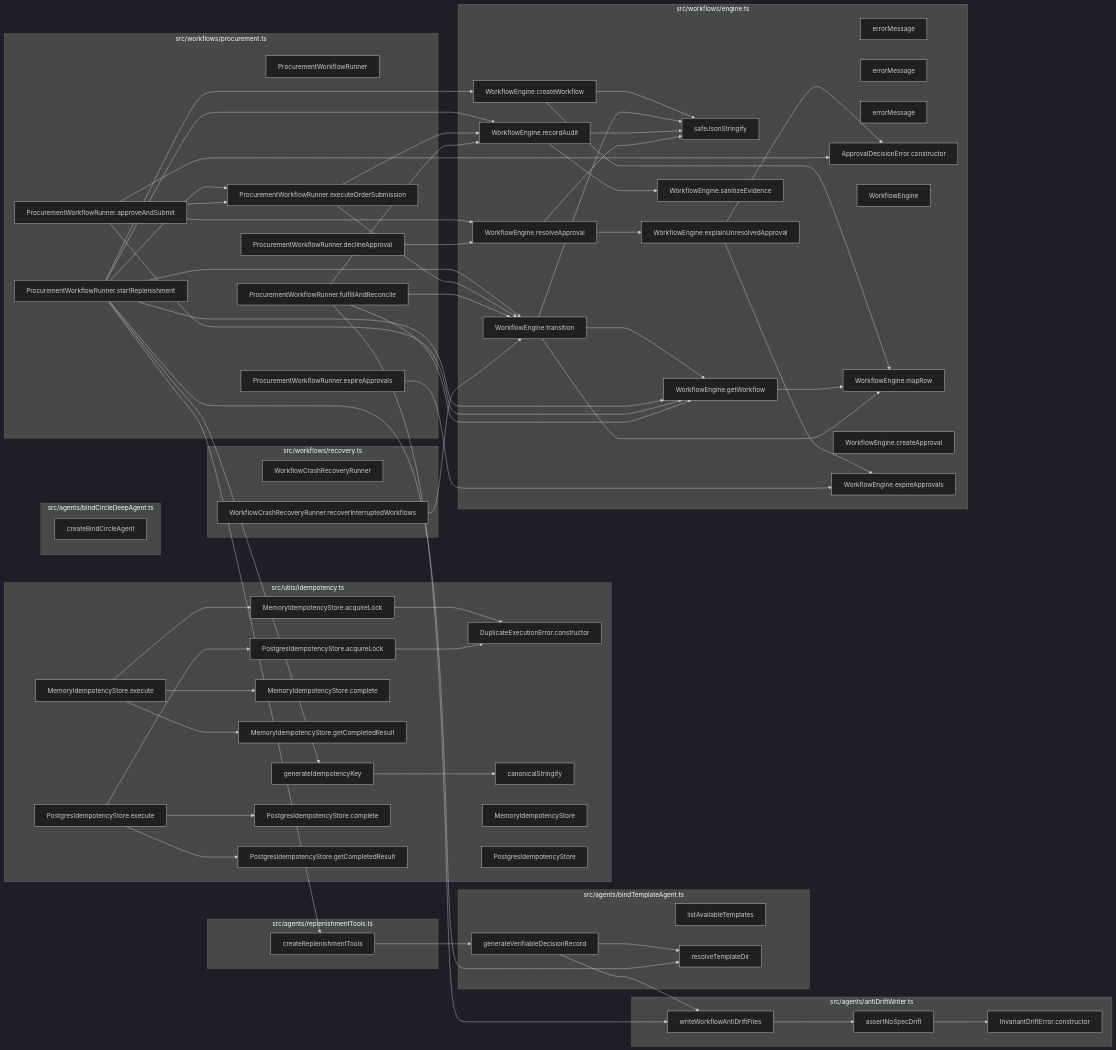
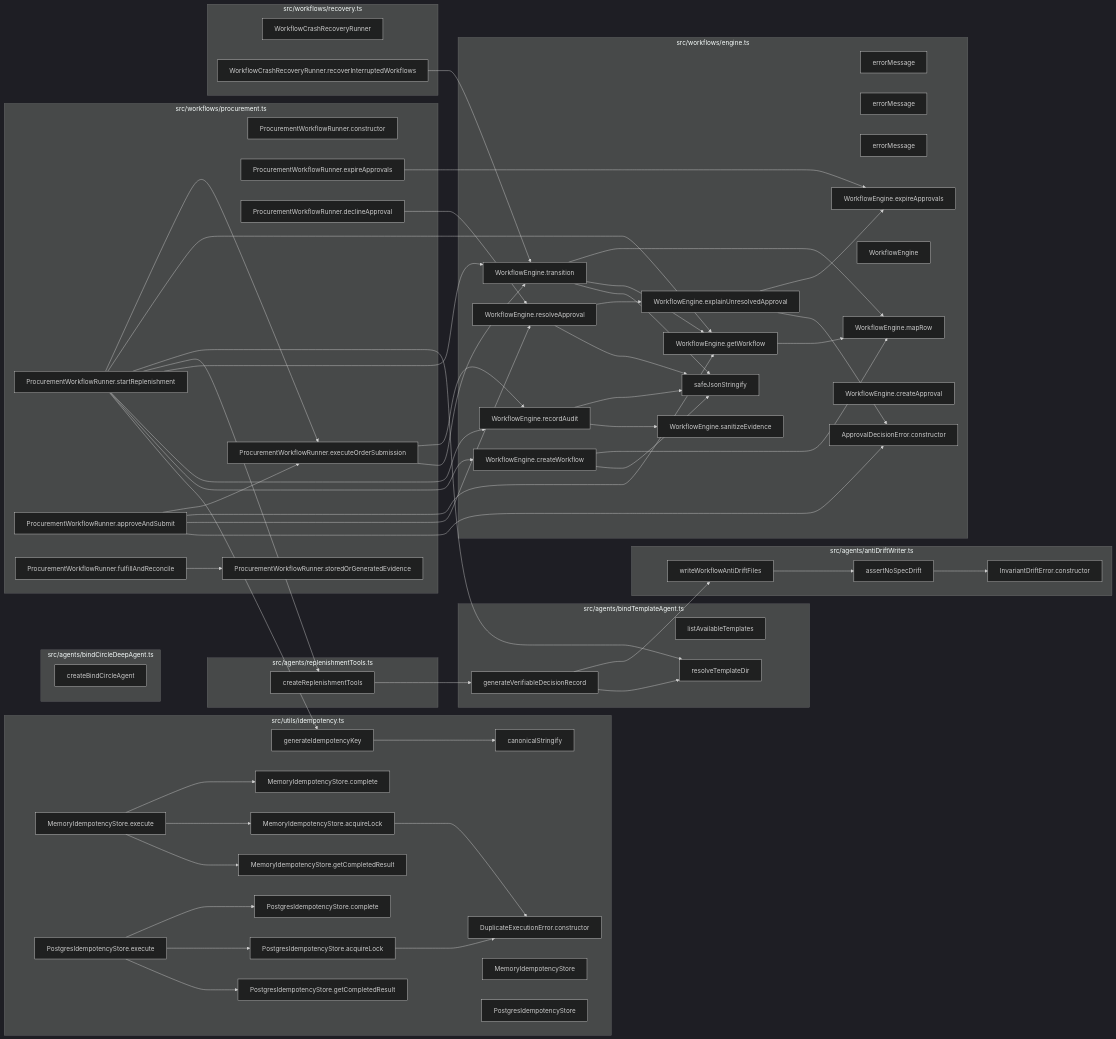
Before and after one commit to Jaydearcadian/bind: the seventh of 8 diagrams in docs/CODEBASE_MAP.md, drawn with Mermaid (dark theme). The commit also changed other lines of this file and 11 other files, not shown here.

````diff
--- a/docs/CODEBASE_MAP.md
+++ b/docs/CODEBASE_MAP.md
@@ -373,112 +379,110 @@
 ```mermaid
 flowchart LR
   subgraph F0["src/agents/antiDriftWriter.ts"]
-    n37["InvariantDriftError.constructor"]
-    n38["assertNoSpecDrift"]
-    n39["writeWorkflowAntiDriftFiles"]
+    n38["InvariantDriftError.constructor"]
+    n39["assertNoSpecDrift"]
+    n40["writeWorkflowAntiDriftFiles"]
   end
   subgraph F1["src/agents/bindCircleDeepAgent.ts"]
-    n40["createBindCircleAgent"]
+    n41["createBindCircleAgent"]
   end
   subgraph F2["src/agents/bindTemplateAgent.ts"]
-    n41["listAvailableTemplates"]
-    n42["resolveTemplateDir"]
-    n43["generateVerifiableDecisionRecord"]
+    n42["listAvailableTemplates"]
+    n43["resolveTemplateDir"]
+    n44["generateVerifiableDecisionRecord"]
   end
   subgraph F3["src/agents/replenishmentTools.ts"]
-    n44["createReplenishmentTools"]
+    n45["createReplenishmentTools"]
   end
   subgraph F4["src/utils/idempotency.ts"]
-    n110["DuplicateExecutionError.constructor"]
-    n111["canonicalStringify"]
-    n112["generateIdempotencyKey"]
-    n113["MemoryIdempotencyStore"]
-    n114["MemoryIdempotencyStore.acquireLock"]
-    n115["MemoryIdempotencyStore.complete"]
-    n116["MemoryIdempotencyStore.getCompletedResult"]
-    n117["MemoryIdempotencyStore.execute"]
-    n118["PostgresIdempotencyStore"]
-    n119["PostgresIdempotencyStore.acquireLock"]
-    n120["PostgresIdempotencyStore.complete"]
-    n121["PostgresIdempotencyStore.getCompletedResult"]
-    n122["PostgresIdempotencyStore.execute"]
+    n112["DuplicateExecutionError.constructor"]
+    n113["canonicalStringify"]
+    n114["generateIdempotencyKey"]
+    n115["MemoryIdempotencyStore"]
+    n116["MemoryIdempotencyStore.acquireLock"]
+    n117["MemoryIdempotencyStore.complete"]
+    n118["MemoryIdempotencyStore.getCompletedResult"]
+    n119["MemoryIdempotencyStore.execute"]
+    n120["PostgresIdempotencyStore"]
+    n121["PostgresIdempotencyStore.acquireLock"]
+    n122["PostgresIdempotencyStore.complete"]
+    n123["PostgresIdempotencyStore.getCompletedResult"]
+    n124["PostgresIdempotencyStore.execute"]
   end
   subgraph F5["src/workflows/engine.ts"]
-    n123["safeJsonStringify"]
-    n124["errorMessage"]
-    n125["errorMessage"]
+    n125["safeJsonStringify"]
     n126["errorMessage"]
-    n127["ApprovalDecisionError.constructor"]
-    n128["WorkflowEngine"]
-    n129["WorkflowEngine.mapRow"]
-    n130["WorkflowEngine.createWorkflow"]
-    n131["WorkflowEngine.getWorkflow"]
-    n132["WorkflowEngine.transition"]
-    n133["WorkflowEngine.recordAudit"]
-    n134["WorkflowEngine.createApproval"]
-    n135["WorkflowEngine.resolveApproval"]
-    n136["WorkflowEngine.expireApprovals"]
-    n137["WorkflowEngine.explainUnresolvedApproval"]
-    n138["WorkflowEngine.sanitizeEvidence"]
+    n127["errorMessage"]
+    n128["errorMessage"]
+    n129["ApprovalDecisionError.constructor"]
+    n130["WorkflowEngine"]
+    n131["WorkflowEngine.mapRow"]
+    n132["WorkflowEngine.createWorkflow"]
+    n133["WorkflowEngine.getWorkflow"]
+    n134["WorkflowEngine.transition"]
+    n135["WorkflowEngine.recordAudit"]
+    n136["WorkflowEngine.createApproval"]
+    n137["WorkflowEngine.resolveApproval"]
+    n138["WorkflowEngine.expireApprovals"]
+    n139["WorkflowEngine.explainUnresolvedApproval"]
+    n140["WorkflowEngine.sanitizeEvidence"]
   end
   subgraph F6["src/workflows/procurement.ts"]
-    n139["ProcurementWorkflowRunner"]
-    n140["ProcurementWorkflowRunner.startReplenishment"]
-    n141["ProcurementWorkflowRunner.approveAndSubmit"]
-    n142["ProcurementWorkflowRunner.expireApprovals"]
-    n143["ProcurementWorkflowRunner.declineApproval"]
-    n144["ProcurementWorkflowRunner.executeOrderSubmission"]
-    n145["ProcurementWorkflowRunner.fulfillAndReconcile"]
+    n141["ProcurementWorkflowRunner.constructor"]
+    n142["ProcurementWorkflowRunner.startReplenishment"]
+    n143["ProcurementWorkflowRunner.approveAndSubmit"]
+    n144["ProcurementWorkflowRunner.expireApprovals"]
+    n145["ProcurementWorkflowRunner.declineApproval"]
+    n146["ProcurementWorkflowRunner.executeOrderSubmission"]
+    n147["ProcurementWorkflowRunner.fulfillAndReconcile"]
+    n148["ProcurementWorkflowRunner.storedOrGeneratedEvidence"]
   end
   subgraph F7["src/workflows/recovery.ts"]
-    n146["WorkflowCrashRecoveryRunner"]
-    n147["WorkflowCrashRecoveryRunner.recoverInterruptedWorkflows"]
+    n149["WorkflowCrashRecoveryRunner"]
+    n150["WorkflowCrashRecoveryRunner.recoverInterruptedWorkflows"]
   end
-  n38 --> n37
   n39 --> n38
-  n43 --> n42
-  n43 --> n39
+  n40 --> n39
   n44 --> n43
-  n112 --> n111
-  n114 --> n110
-  n117 --> n116
-  n117 --> n114
-  n117 --> n115
-  n119 --> n110
-  n122 --> n121
-  n122 --> n119
-  n122 --> n120
-  n130 --> n123
-  n130 --> n129
-  n131 --> n129
-  n132 --> n123
+  n44 --> n40
+  n45 --> n44
+  n114 --> n113
+  n116 --> n112
+  n119 --> n118
+  n119 --> n116
+  n119 --> n117
+  n121 --> n112
+  n124 --> n123
+  n124 --> n121
+  n124 --> n122
+  n132 --> n125
   n132 --> n131
-  n132 --> n129
-  n133 --> n138
-  n133 --> n123
-  n135 --> n123
-  n135 --> n137
-  n137 --> n127
-  n137 --> n136
-  n140 --> n112
-  n140 --> n130
-  n140 --> n133
-  n140 --> n132
-  n140 --> n44
-  n140 --> n42
-  n140 --> n131
-  n140 --> n144
-  n141 --> n127
-  n141 --> n135
-  n141 --> n131
-  n141 --> n144
-  n142 --> n136
-  n143 --> n135
-  n144 --> n132
-  n144 --> n133
-  n145 --> n131
-  n145 --> n39
-  n145 --> n132
-  n145 --> n133
-  n147 --> n132
+  n133 --> n131
+  n134 --> n125
+  n134 --> n133
+  n134 --> n131
+  n135 --> n140
+  n135 --> n125
+  n137 --> n125
+  n137 --> n139
+  n139 --> n129
+  n139 --> n138
+  n142 --> n114
+  n142 --> n132
+  n142 --> n135
+  n142 --> n134
+  n142 --> n45
+  n142 --> n43
+  n142 --> n133
+  n142 --> n146
+  n143 --> n129
+  n143 --> n137
+  n143 --> n133
+  n143 --> n146
+  n144 --> n138
+  n145 --> n137
+  n146 --> n134
+  n146 --> n135
+  n147 --> n148
+  n150 --> n134
 ```
````
